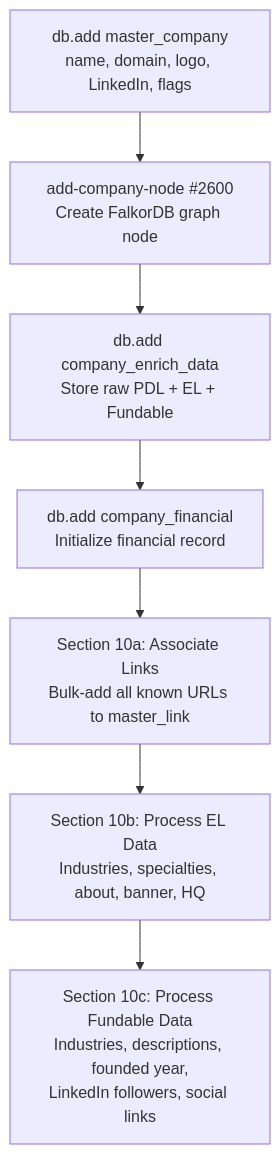
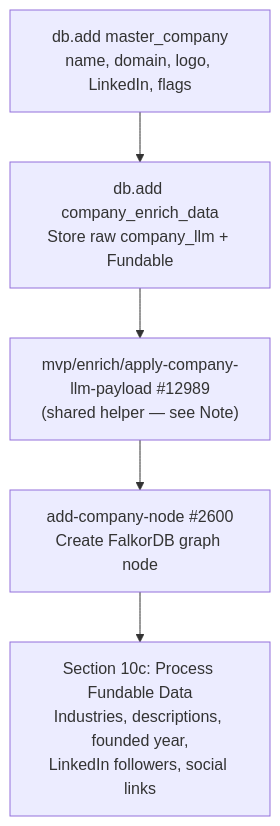
Before and after one commit to M-Pederson/docs: the fourth of 5 diagrams in guides/enrichment/waterfall/company-enrichment-phases.mdx, drawn with Mermaid. The commit also changed other lines of this file, not shown here.

First line of the commit message:
docs(company-enrichment-phases): Phase 4 reflects v2.5 helper extraction

````diff
--- a/guides/enrichment/waterfall/company-enrichment-phases.mdx
+++ b/guides/enrichment/waterfall/company-enrichment-phases.mdx
@@ -107,9 +107,7 @@
 ```mermaid
 graph TD
-    A["db.add master_company<br/>name, domain, logo, LinkedIn, flags"] --> B["add-company-node #2600<br/>Create FalkorDB graph node"]
-    B --> C["db.add company_enrich_data<br/>Store raw PDL + EL + Fundable"]
-    C --> D["db.add company_financial<br/>Initialize financial record"]
-    D --> E["Section 10a: Associate Links<br/>Bulk-add all known URLs to master_link"]
-    E --> F["Section 10b: Process EL Data<br/>Industries, specialties, about, banner, HQ"]
-    F --> G["Section 10c: Process Fundable Data<br/>Industries, descriptions, founded year,<br/>LinkedIn followers, social links"]
+    A["db.add master_company<br/>name, domain, logo, LinkedIn, flags"] --> B["db.add company_enrich_data<br/>Store raw company_llm + Fundable"]
+    B --> C["mvp/enrich/apply-company-llm-payload #12989<br/>(shared helper — see Note)"]
+    C --> D["add-company-node #2600<br/>Create FalkorDB graph node"]
+    D --> E["Section 10c: Process Fundable Data<br/>Industries, descriptions, founded year,<br/>LinkedIn followers, social links"]
 ```
````
